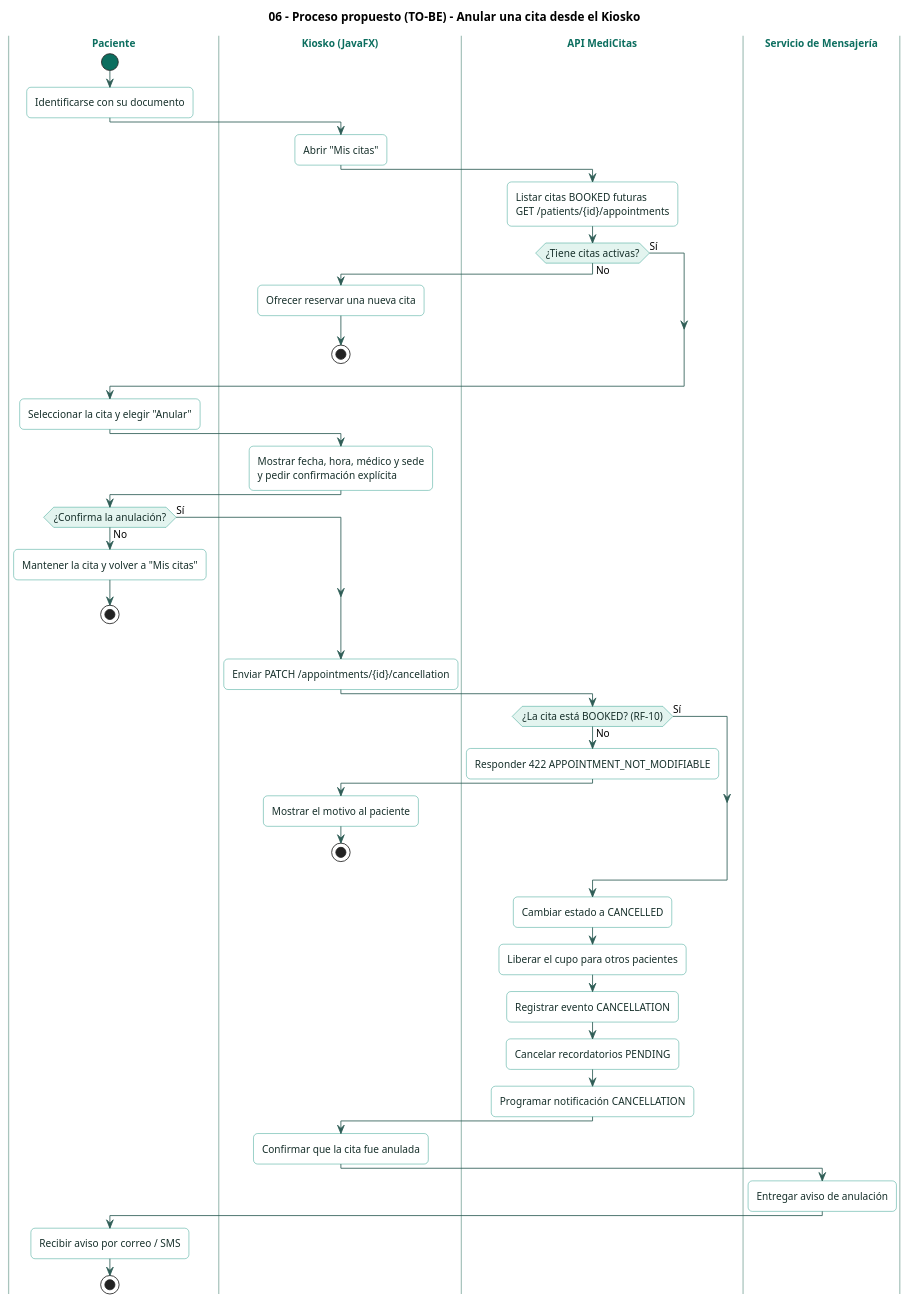
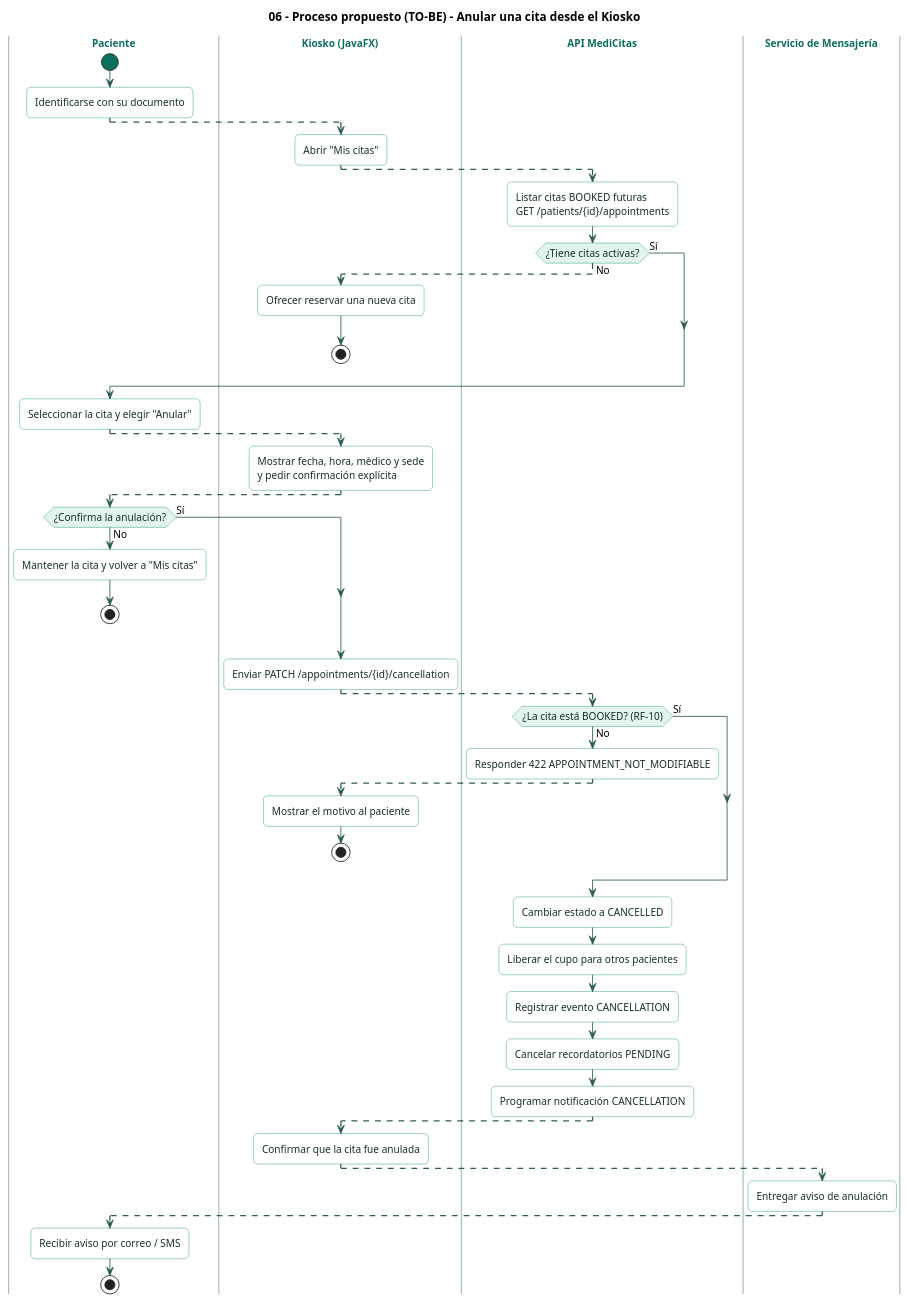
The diagram in docs/diagrams/06-process-cancellation.puml (Jimena-CC/ProyectoCitasMedicas), drawn with PlantUML before and after one commit. The commit also changed 8 other files, not shown here.

```diff
--- a/docs/diagrams/06-process-cancellation.puml
+++ b/docs/diagrams/06-process-cancellation.puml
@@ -1,94 +1,105 @@
 @startuml
 title 06 - Proceso propuesto (TO-BE) - Anular una cita desde el Kiosko
 
 skinparam shadowing false
 skinparam roundCorner 10
 skinparam defaultFontName "Helvetica"
 skinparam defaultFontSize 12
 skinparam ArrowColor #2F5D56
 skinparam SwimlaneBorderColor #A9C4BD
 skinparam SwimlaneTitleFontColor #0C6E5F
 skinparam SwimlaneTitleFontStyle bold
 skinparam activity {
   BackgroundColor #FFFFFF
   BorderColor #13917D
   FontColor #17302B
   DiamondBackgroundColor #E3F4EF
   DiamondBorderColor #13917D
   StartColor #0C6E5F
   EndColor #0C6E5F
 }
 skinparam note {
   BackgroundColor #FFF8E6
   BorderColor #D9B45A
   FontColor #3D3321
 }
 
 ' Orden de los carriles
 |Paciente|
 |Kiosko (JavaFX)|
 |API MediCitas|
 |Servicio de Mensajería|
 
 |Paciente|
 start
 :Identificarse con su documento;
+-[#2F5D56,dashed]->
 
 |Kiosko (JavaFX)|
 :Abrir "Mis citas";
+-[#2F5D56,dashed]->
 
 |API MediCitas|
 :Listar citas BOOKED futuras
 GET /patients/{id}/appointments;
 
 if (¿Tiene citas activas?) then (No)
+  -[#2F5D56,dashed]->
   |Kiosko (JavaFX)|
   :Ofrecer reservar una nueva cita;
   stop
 else (Sí)
 endif
+-[#2F5D56,dashed]->
 
 |Paciente|
 :Seleccionar la cita y elegir "Anular";
+-[#2F5D56,dashed]->
 
 |Kiosko (JavaFX)|
-:Mostrar fecha, hora, médico y sede
-y pedir confirmación explícita;
+:Mostrar fecha, hora, médico y sede\ny pedir confirmación explícita;
+-[#2F5D56,dashed]->
 
 |Paciente|
 if (¿Confirma la anulación?) then (No)
   :Mantener la cita y volver a "Mis citas";
   stop
 else (Sí)
 endif
+-[#2F5D56,dashed]->
 
 |Kiosko (JavaFX)|
 :Enviar PATCH /appointments/{id}/cancellation;
+-[#2F5D56,dashed]->
 
 |API MediCitas|
 if (¿La cita está BOOKED? (RF-10)) then (No)
   :Responder 422 APPOINTMENT_NOT_MODIFIABLE;
+  -[#2F5D56,dashed]->
   |Kiosko (JavaFX)|
   :Mostrar el motivo al paciente;
   stop
 else (Sí)
 endif
 
 |API MediCitas|
 :Cambiar estado a CANCELLED;
 :Liberar el cupo para otros pacientes;
 :Registrar evento CANCELLATION;
 :Cancelar recordatorios PENDING;
 :Programar notificación CANCELLATION;
+-[#2F5D56,dashed]->
 
 |Kiosko (JavaFX)|
 :Confirmar que la cita fue anulada;
+-[#2F5D56,dashed]->
 
 |Servicio de Mensajería|
 :Entregar aviso de anulación;
+-[#2F5D56,dashed]->
 
 |Paciente|
 :Recibir aviso por correo / SMS;
 stop
 
 @enduml
```
